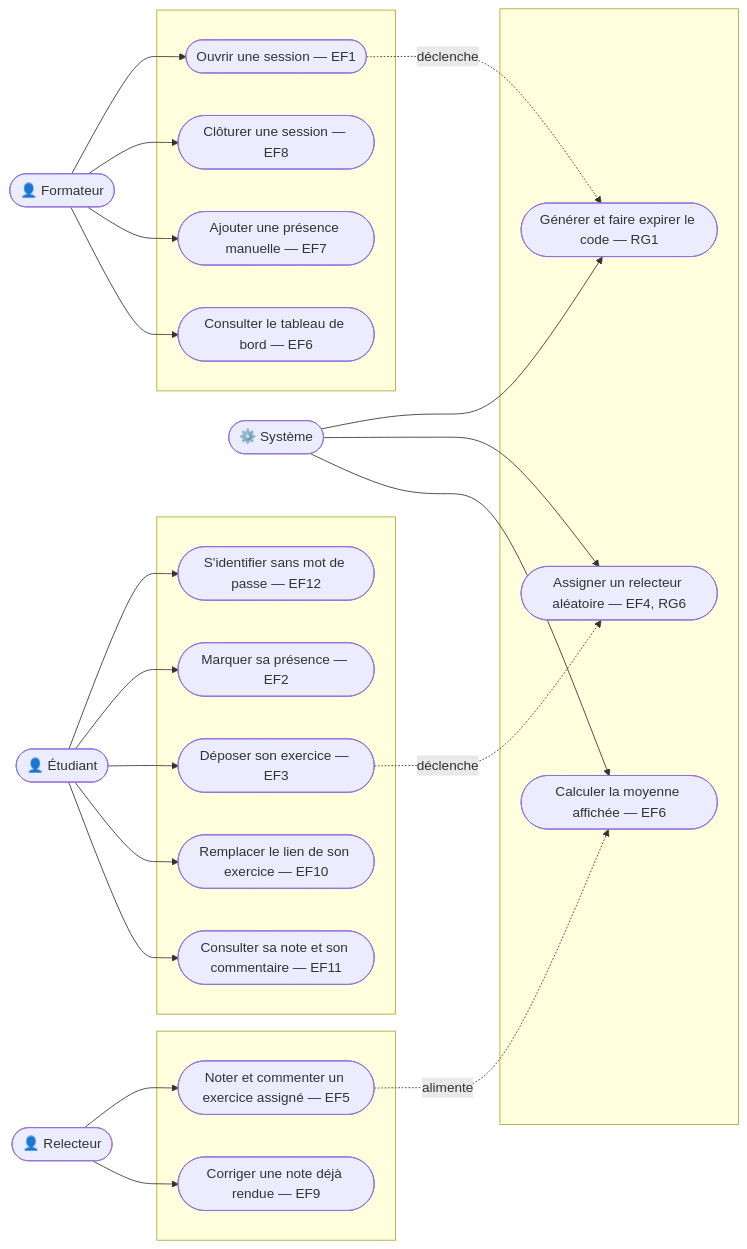
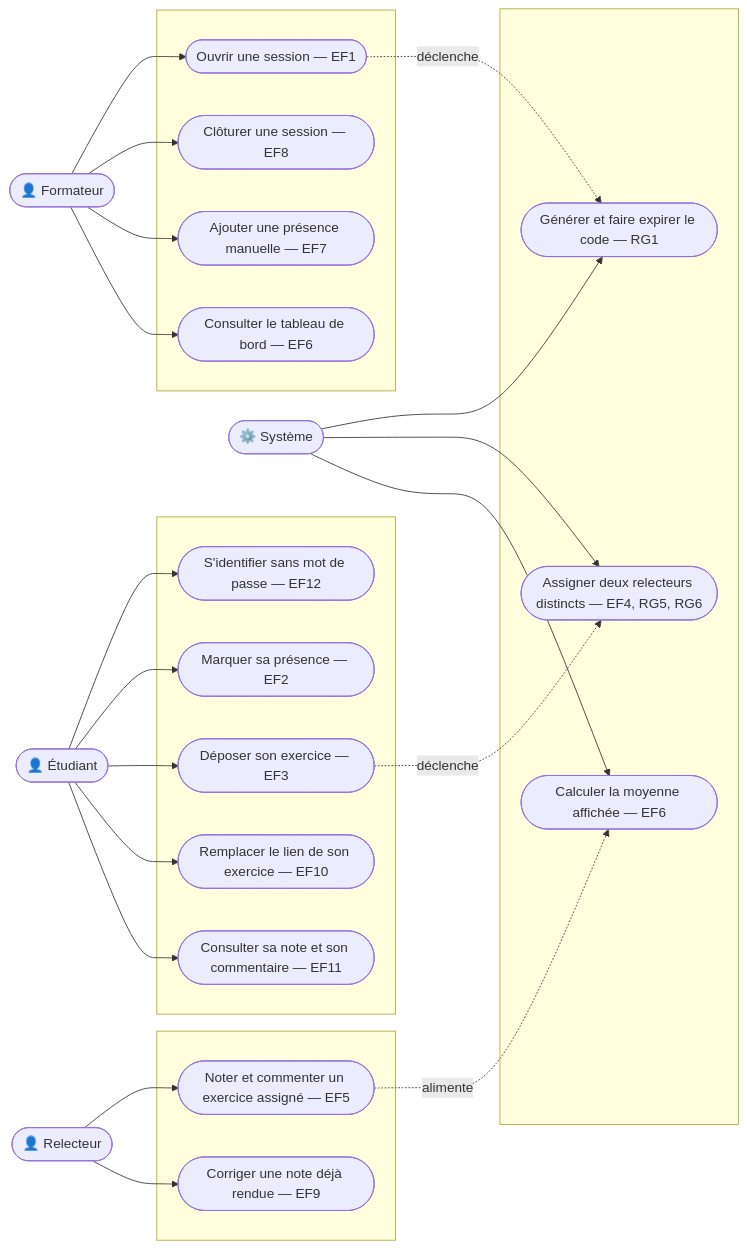
The diagram in docs/diagrammes/D1-cas-d'utilisation/D1-cas-utilisation.md (LesleyFopa/kfokam48-epreuve-183), drawn with Mermaid before and after one commit. The commit also changed 3 other files, not shown here.

````diff
--- a/docs/diagrammes/D1-cas-d'utilisation/D1-cas-utilisation.md
+++ b/docs/diagrammes/D1-cas-d'utilisation/D1-cas-utilisation.md
@@ -7,55 +7,55 @@
 ```mermaid
 flowchart LR
     Formateur([👤 Formateur])
     Etudiant([👤 Étudiant])
     Relecteur([👤 Relecteur])
     Systeme([⚙️ Système])
 
     subgraph CAS_FORMATEUR [ ]
         UC1(["Ouvrir une session — EF1"])
         UC2(["Clôturer une session — EF8"])
         UC3(["Ajouter une présence manuelle — EF7"])
         UC4(["Consulter le tableau de bord — EF6"])
     end
 
     subgraph CAS_ETUDIANT [ ]
         UC5(["S'identifier sans mot de passe — EF12"])
         UC6(["Marquer sa présence — EF2"])
         UC7(["Déposer son exercice — EF3"])
         UC8(["Remplacer le lien de son exercice — EF10"])
         UC9(["Consulter sa note et son commentaire — EF11"])
     end
 
     subgraph CAS_RELECTEUR [ ]
         UC10(["Noter et commenter un exercice assigné — EF5"])
         UC11(["Corriger une note déjà rendue — EF9"])
     end
 
     subgraph CAS_SYSTEME [ ]
         UC12(["Générer et faire expirer le code — RG1"])
-        UC13(["Assigner un relecteur aléatoire — EF4, RG6"])
+        UC13(["Assigner deux relecteurs distincts — EF4, RG5, RG6"])
         UC14(["Calculer la moyenne affichée — EF6"])
     end
 
     Formateur --> UC1
     Formateur --> UC2
     Formateur --> UC3
     Formateur --> UC4
 
     Etudiant --> UC5
     Etudiant --> UC6
     Etudiant --> UC7
     Etudiant --> UC8
     Etudiant --> UC9
 
     Relecteur --> UC10
     Relecteur --> UC11
 
     Systeme --> UC12
     Systeme --> UC13
     Systeme --> UC14
 
     UC1 -.déclenche.-> UC12
     UC7 -.déclenche.-> UC13
     UC10 -.alimente.-> UC14
 ```
````
